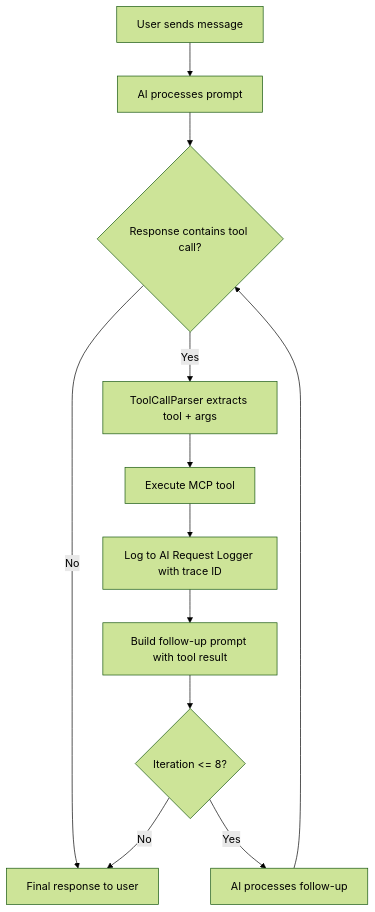
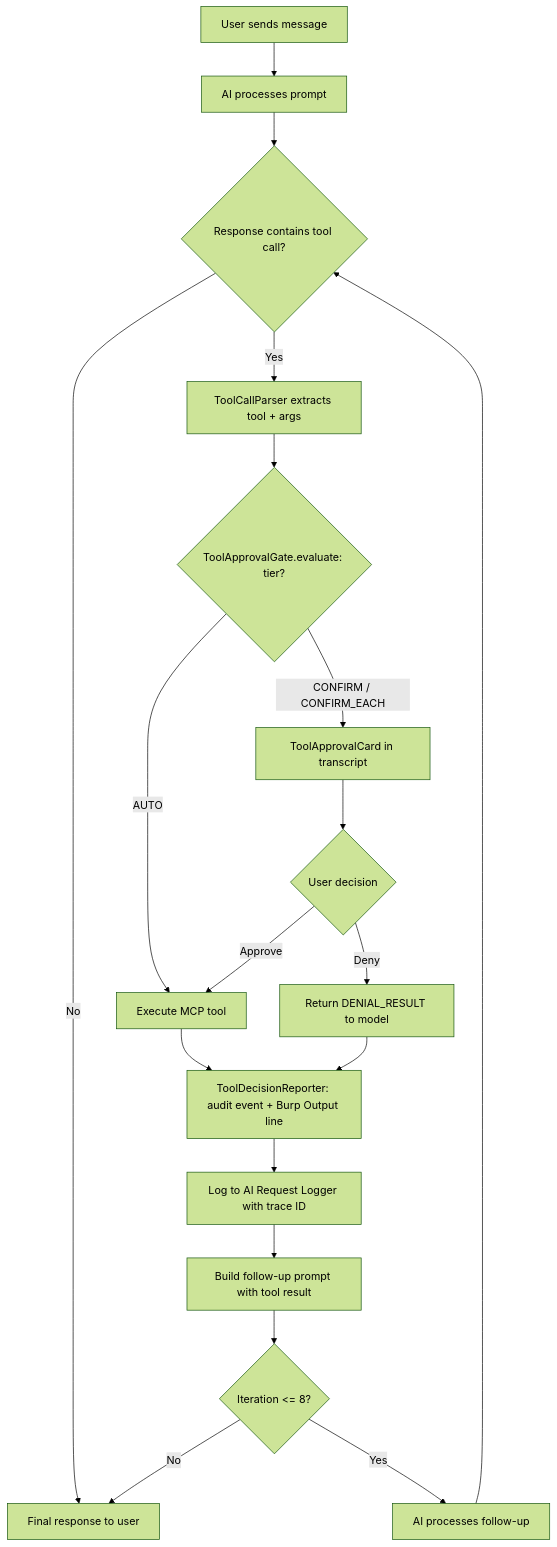
Before and after one commit to six2dez/burp-ai-agent-docs: the eighth of 9 diagrams in developer/data-flow.md, drawn with Mermaid (forest theme). The commit also changed other lines of this file and 12 other files, not shown here.

````diff
--- a/developer/data-flow.md
+++ b/developer/data-flow.md
@@ -157,19 +157,31 @@
 ```mermaid
 flowchart TD
     User[User sends message]
     AI1[AI processes prompt]
     Check{Response contains tool call?}
     Parse[ToolCallParser extracts tool + args]
+    Gate{"ToolApprovalGate.evaluate: tier?"}
+    Card[ToolApprovalCard in transcript]
+    Decide{User decision}
     Exec[Execute MCP tool]
+    Deny[Return DENIAL_RESULT to model]
+    Report[ToolDecisionReporter: audit event + Burp Output line]
     Log[Log to AI Request Logger with trace ID]
     Followup[Build follow-up prompt with tool result]
     Limit{Iteration <= 8?}
     AI2[AI processes follow-up]
     Final[Final response to user]
 
     User --> AI1 --> Check
     Check -->|No| Final
-    Check -->|Yes| Parse --> Exec --> Log --> Followup --> Limit
+    Check -->|Yes| Parse --> Gate
+    Gate -->|AUTO| Exec
+    Gate -->|"CONFIRM / CONFIRM_EACH"| Card --> Decide
+    Decide -->|Approve| Exec
+    Decide -->|Deny| Deny
+    Exec --> Report
+    Deny --> Report
+    Report --> Log --> Followup --> Limit
     Limit -->|Yes| AI2 --> Check
     Limit -->|No| Final
 ```
````
